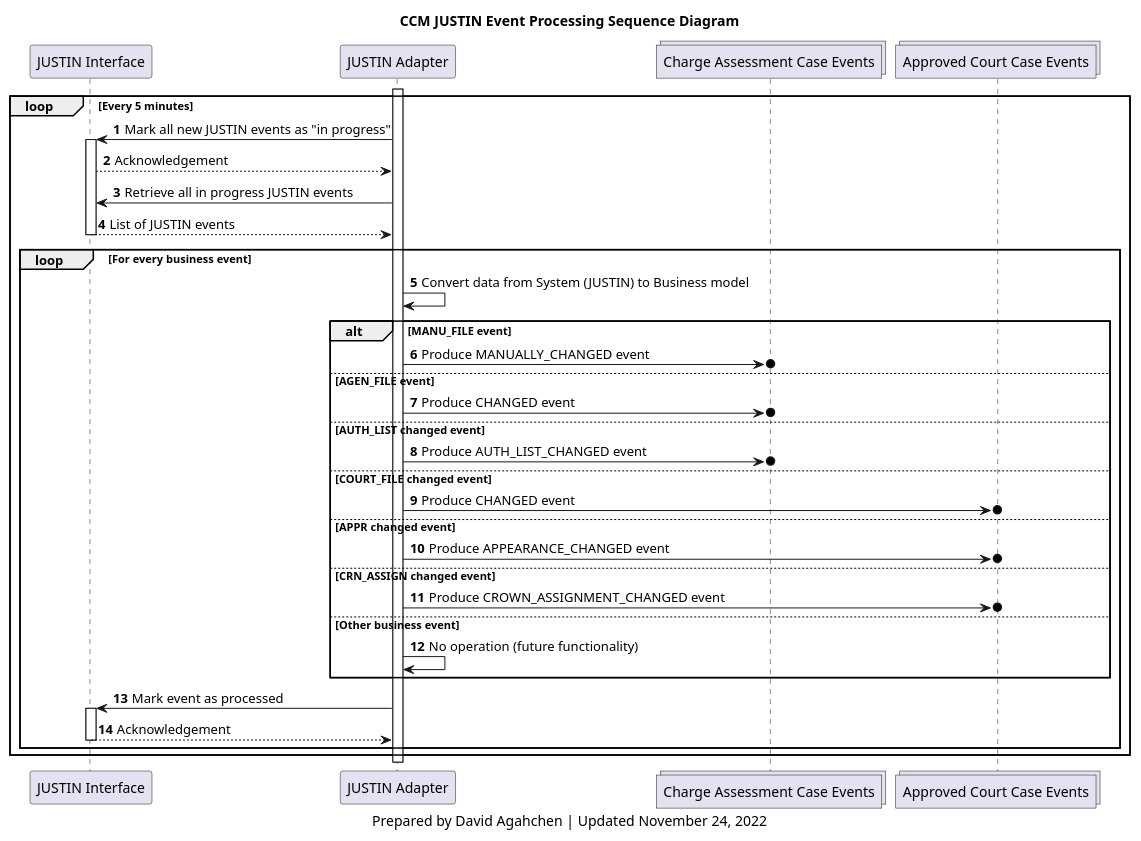
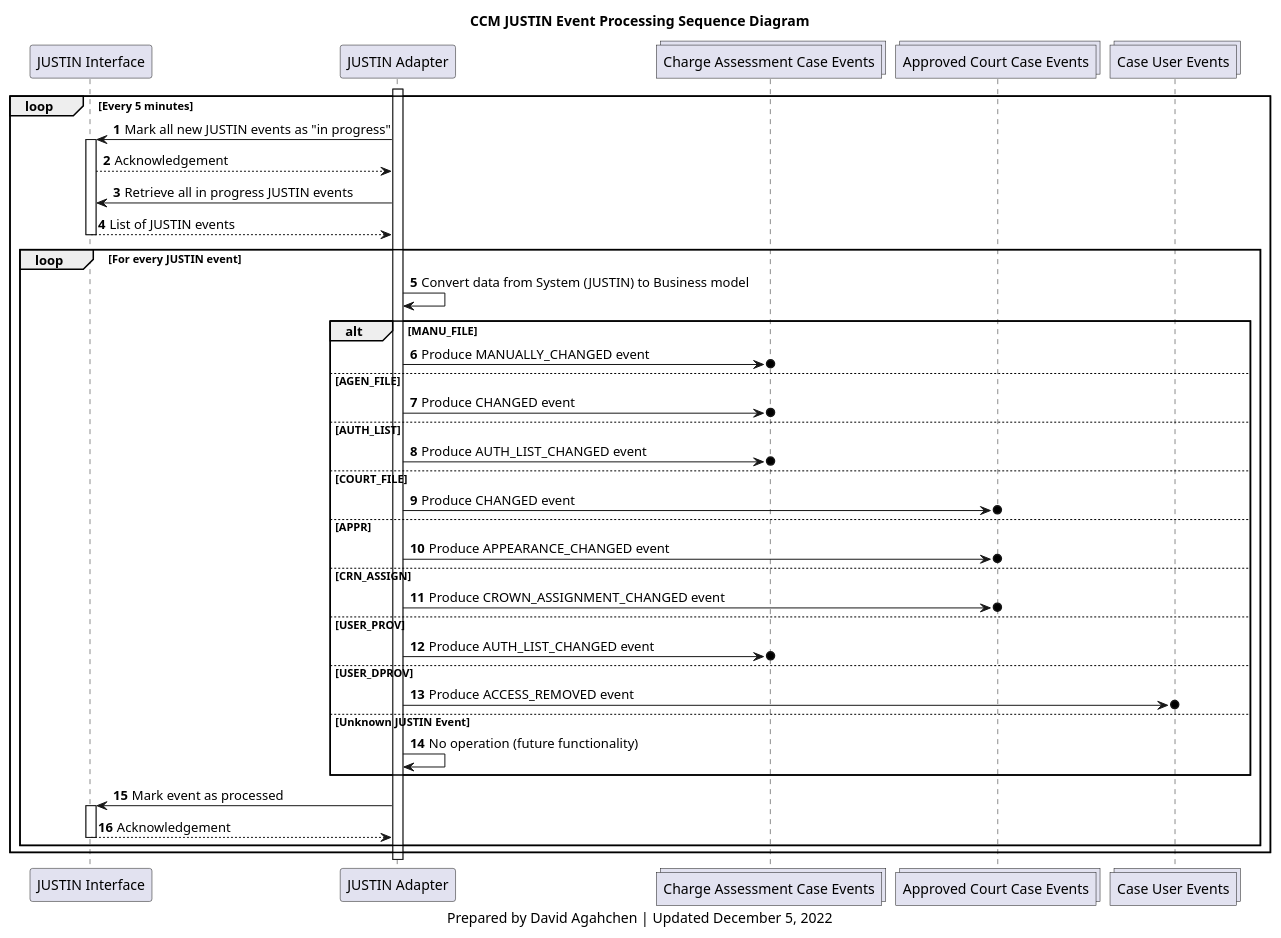
Before and after one commit to bcgov/jpss-jade-ccm: the diagram in diagrams/ccm_justin_event_processing_sequence_diagram.plantuml, drawn with PlantUML. The commit also changed 15 other files, not shown here.

```diff
--- a/diagrams/ccm_justin_event_processing_sequence_diagram.plantuml
+++ b/diagrams/ccm_justin_event_processing_sequence_diagram.plantuml
@@ -1,50 +1,56 @@
 @startuml
 'hide footbox
 participant j_interface as "JUSTIN Interface"
 participant j_adapter as "JUSTIN Adapter"
 collections charge_assessment_cases_topic as "Charge Assessment Case Events"
 collections approved_court_cases_topic as "Approved Court Case Events"
+collections case_users_topic as "Case User Events"
 
 title
 CCM JUSTIN Event Processing Sequence Diagram
 end title
 
 autonumber
 
 activate j_adapter
 loop Every 5 minutes
     j_adapter-> j_interface: Mark all new JUSTIN events as "in progress"
     activate j_interface
     j_interface --> j_adapter: Acknowledgement
     j_adapter-> j_interface: Retrieve all in progress JUSTIN events
     j_interface --> j_adapter: List of JUSTIN events
     deactivate j_interface
-    loop For every business event
+    loop For every JUSTIN event
         j_adapter -> j_adapter: Convert data from System (JUSTIN) to Business model
-        alt MANU_FILE event
+        alt MANU_FILE
             j_adapter ->o charge_assessment_cases_topic: Produce MANUALLY_CHANGED event
-        else AGEN_FILE event
+        else AGEN_FILE
             j_adapter ->o charge_assessment_cases_topic: Produce CHANGED event
-        else AUTH_LIST changed event
+        else AUTH_LIST
             j_adapter ->o charge_assessment_cases_topic: Produce AUTH_LIST_CHANGED event
-        else COURT_FILE changed event
+        else COURT_FILE
             j_adapter ->o approved_court_cases_topic: Produce CHANGED event
-        else APPR changed event
+        else APPR
             j_adapter ->o approved_court_cases_topic: Produce APPEARANCE_CHANGED event
-        else CRN_ASSIGN changed event
+        else CRN_ASSIGN
             j_adapter ->o approved_court_cases_topic: Produce CROWN_ASSIGNMENT_CHANGED event
-        else Other business event
+        else USER_PROV
+            j_adapter ->o charge_assessment_cases_topic: Produce AUTH_LIST_CHANGED event
+            'j_adapter ->o case_users_topic: Produce ACCESS_ADDED event
+        else USER_DPROV
+            j_adapter ->o case_users_topic: Produce ACCESS_REMOVED event
+        else Unknown JUSTIN Event
             j_adapter -> j_adapter: No operation (future functionality)
         end
         j_adapter -> j_interface: Mark event as processed
         activate j_interface
         j_interface --> j_adapter: Acknowledgement
         deactivate j_interface
     end
 end
 deactivate j_adapter
 
 caption
-Prepared by David Agahchen | Updated November 24, 2022
+Prepared by David Agahchen | Updated December 5, 2022
 end caption
 @enduml
```
